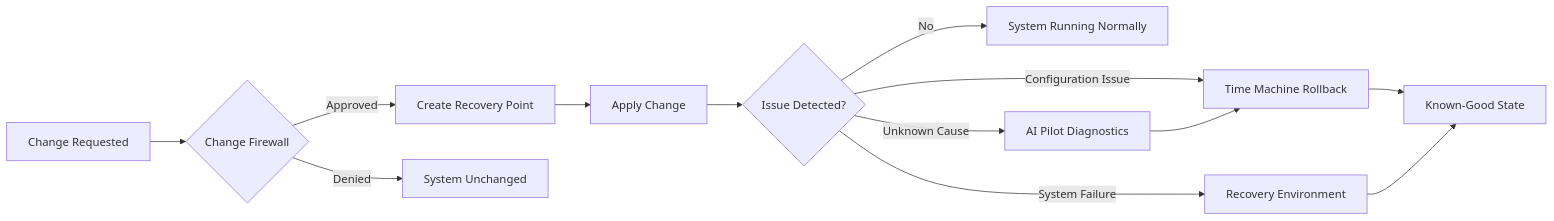
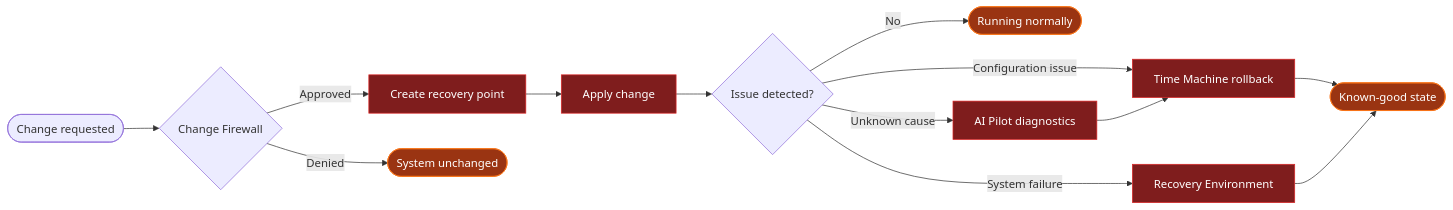
The diagram in README.md (HeldoOS/Heldo-Linux-OS), drawn with Mermaid before and after one commit. The commit also changed other lines of this file, not shown here.

````diff
--- a/README.md
+++ b/README.md
@@ -111,20 +101,20 @@
 ```mermaid
 flowchart LR
-    A[Change Requested] --> B{Change Firewall}
+    A([Change requested]) --> B{Change Firewall}
+    B -- Approved --> C[Create recovery point]
+    B -- Denied --> D([System unchanged])
+    C --> E[Apply change]
+    E --> F{Issue detected?}
+    F -- No --> G([Running normally])
+    F -- Configuration issue --> H[Time Machine rollback]
+    F -- System failure --> I[Recovery Environment]
+    F -- Unknown cause --> J[AI Pilot diagnostics]
+    J --> H
+    H --> K([Known-good state])
+    I --> K
 
-    B -- Approved --> C[Create Recovery Point]
-    B -- Denied --> D[System Unchanged]
-
-    C --> E[Apply Change]
-
-    E --> F{Issue Detected?}
-
-    F -- No --> G[System Running Normally]
-    F -- Configuration Issue --> H[Time Machine Rollback]
-    F -- System Failure --> I[Recovery Environment]
-    F -- Unknown Cause --> J[AI Pilot Diagnostics]
-
-    J --> H
-    H --> K[Known-Good State]
-    I --> K
+    classDef ok fill:#9a3412,stroke:#f97316,color:#fff
+    classDef step fill:#7f1d1d,stroke:#dc2626,color:#fff
+    class G,K,D ok
+    class C,E,H,I,J step
 ```
````
